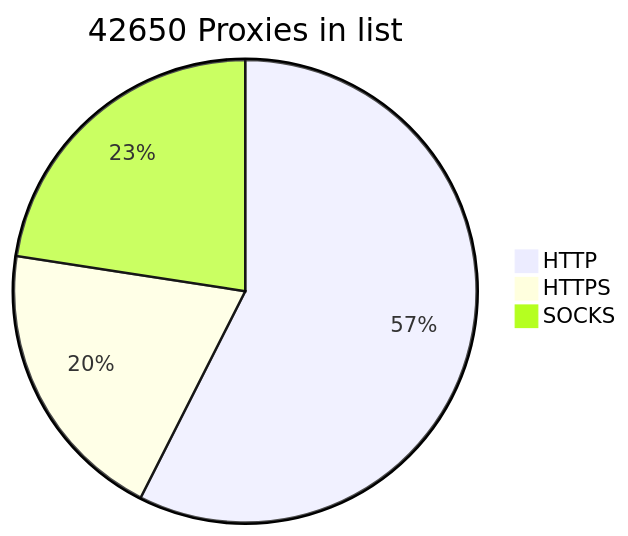
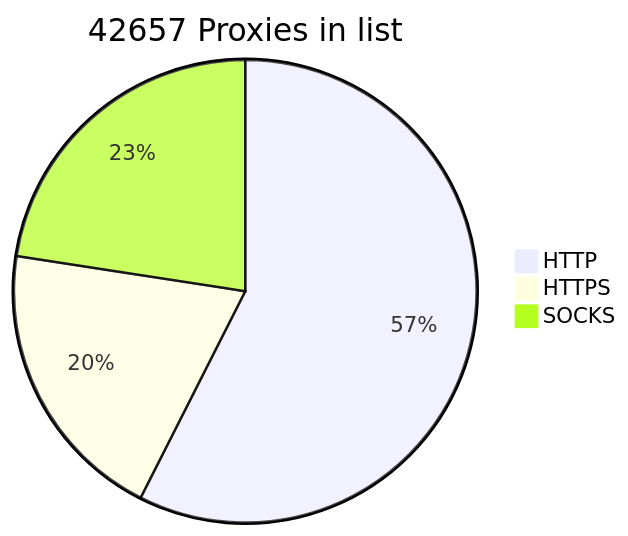
The diagram in README.md (BlackSnowDot/proxylist-update-every-minute), drawn with Mermaid before and after one commit.

````diff
--- a/README.md
+++ b/README.md
@@ -2,6 +2,6 @@
 ```mermaid
-pie title 42650 Proxies in list
-    "HTTP" : 28237
-    "HTTPS": 9813
+pie title 42657 Proxies in list
+    "HTTP" : 28241
+    "HTTPS": 9817
     "SOCKS" : 11090
 ```
````
